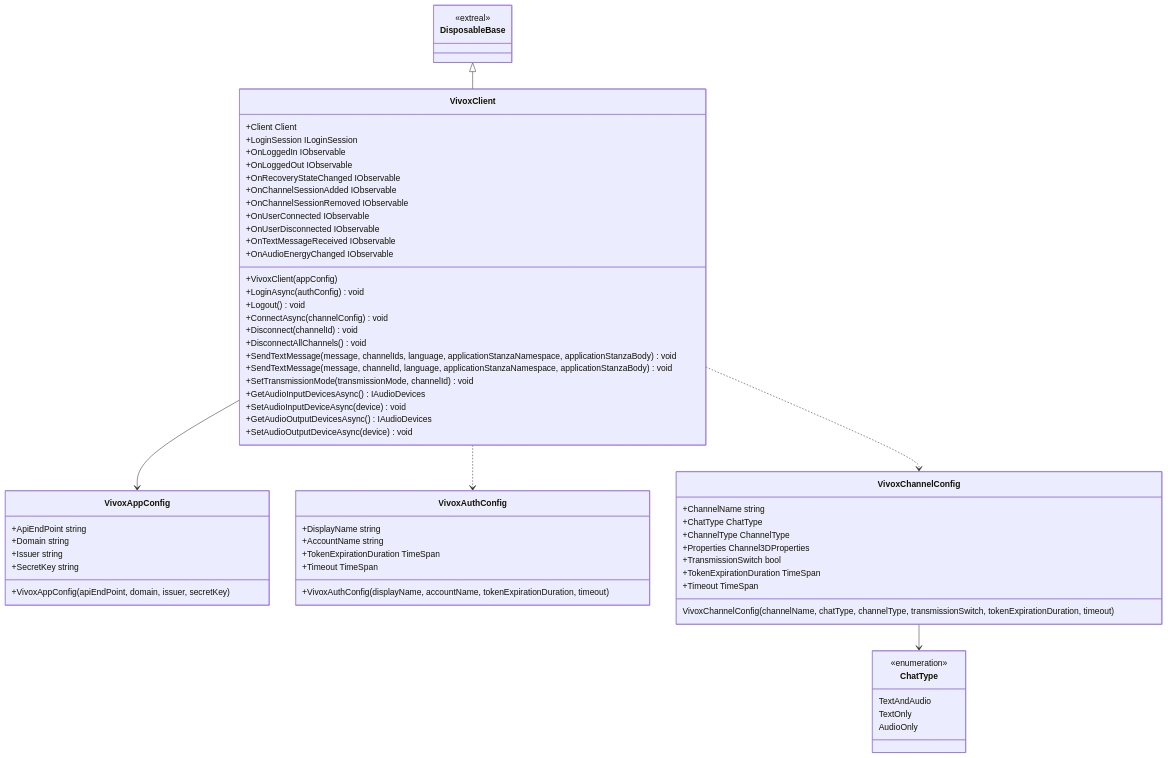
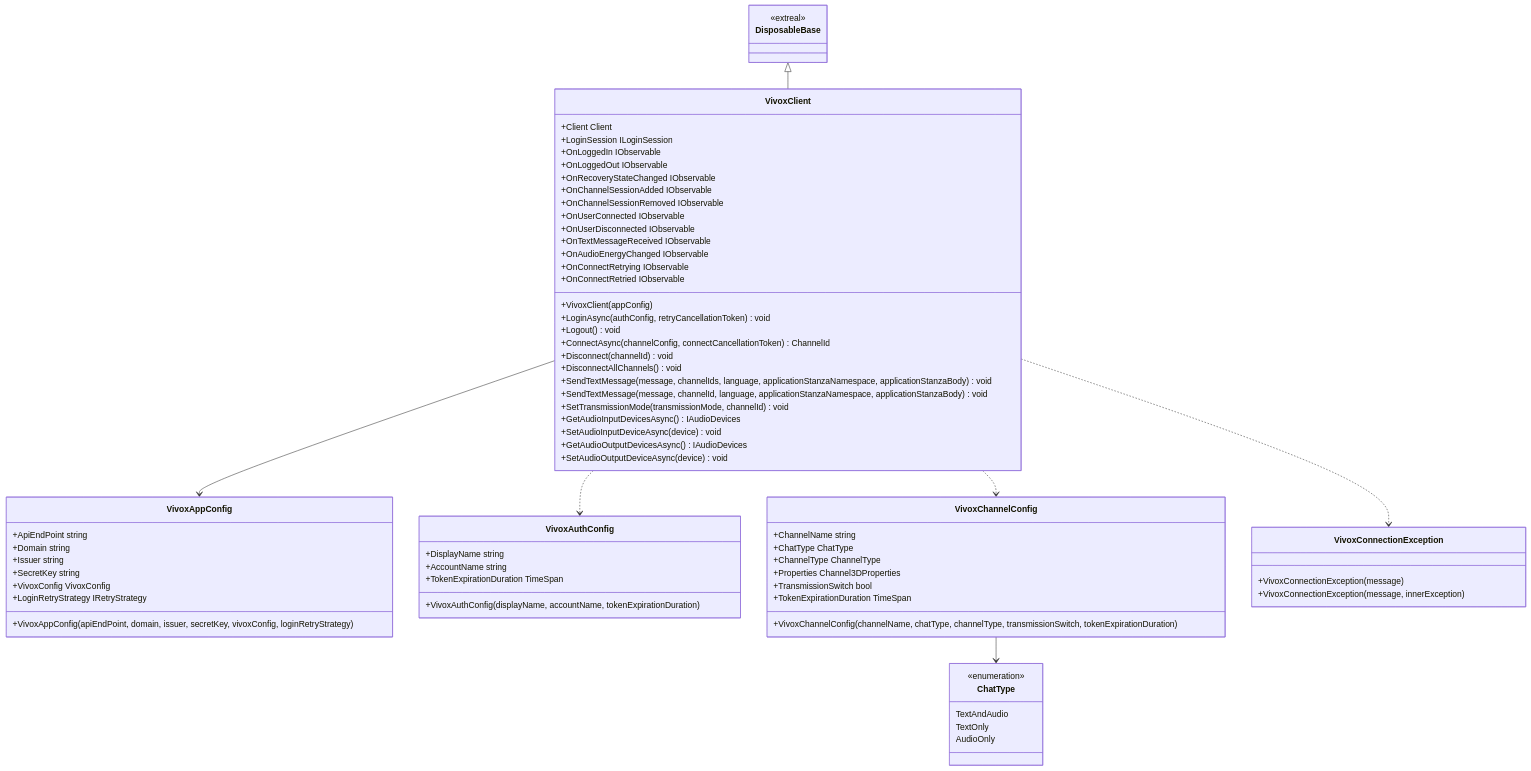
One commit to extreal-dev/Extreal.Guide changed the diagram in docs/integration/chat.vivox.md. Above: the diagram before and after it, drawn with Mermaid. The commit also changed other lines of this file and 9 other files, not shown here.

````diff
--- a/docs/integration/chat.vivox.md
+++ b/docs/integration/chat.vivox.md
@@ -42,74 +43,82 @@
 ```mermaid
 classDiagram
 
     VivoxClient --> VivoxAppConfig
     VivoxClient ..> VivoxAuthConfig
     VivoxClient ..> VivoxChannelConfig
+    VivoxClient ..> VivoxConnectionException
     VivoxChannelConfig --> ChatType
     DisposableBase <|-- VivoxClient
 
     class VivoxClient {
         +Client Client
         +LoginSession ILoginSession
         +OnLoggedIn IObservable
         +OnLoggedOut IObservable
         +OnRecoveryStateChanged IObservable
         +OnChannelSessionAdded IObservable
         +OnChannelSessionRemoved IObservable
         +OnUserConnected IObservable
         +OnUserDisconnected IObservable
         +OnTextMessageReceived IObservable
         +OnAudioEnergyChanged IObservable
+        +OnConnectRetrying IObservable
+        +OnConnectRetried IObservable
         +VivoxClient(appConfig)
-        +LoginAsync(authConfig) void
+        +LoginAsync(authConfig, retryCancellationToken) void
         +Logout() void
-        +ConnectAsync(channelConfig) void
+        +ConnectAsync(channelConfig, connectCancellationToken) ChannelId
         +Disconnect(channelId) void
         +DisconnectAllChannels() void
         +SendTextMessage(message, channelIds, language, applicationStanzaNamespace, applicationStanzaBody) void
         +SendTextMessage(message, channelId, language, applicationStanzaNamespace, applicationStanzaBody) void
         +SetTransmissionMode(transmissionMode, channelId) void
         +GetAudioInputDevicesAsync() IAudioDevices
         +SetAudioInputDeviceAsync(device) void
         +GetAudioOutputDevicesAsync() IAudioDevices
         +SetAudioOutputDeviceAsync(device) void
     }
 
     class VivoxAppConfig {
         +ApiEndPoint string
         +Domain string
         +Issuer string
         +SecretKey string
-        +VivoxAppConfig(apiEndPoint, domain, issuer, secretKey)
+        +VivoxConfig VivoxConfig
+        +LoginRetryStrategy IRetryStrategy
+        +VivoxAppConfig(apiEndPoint, domain, issuer, secretKey, vivoxConfig, loginRetryStrategy)
     }
 
     class VivoxAuthConfig {
         +DisplayName string
         +AccountName string
         +TokenExpirationDuration TimeSpan
-        +Timeout TimeSpan
-        +VivoxAuthConfig(displayName, accountName, tokenExpirationDuration, timeout)
+        +VivoxAuthConfig(displayName, accountName, tokenExpirationDuration)
     }
 
     class ChatType {
         <<enumeration>>
         TextAndAudio
         TextOnly
         AudioOnly
     }
 
     class VivoxChannelConfig {
         +ChannelName string
         +ChatType ChatType
         +ChannelType ChannelType
         +Properties Channel3DProperties
         +TransmissionSwitch bool
         +TokenExpirationDuration TimeSpan
-        +Timeout TimeSpan
-        VivoxChannelConfig(channelName, chatType, channelType, transmissionSwitch, tokenExpirationDuration, timeout)
+        +VivoxChannelConfig(channelName, chatType, channelType, transmissionSwitch, tokenExpirationDuration)
+    }
+
+    class VivoxConnectionException {
+        +VivoxConnectionException(message)
+        +VivoxConnectionException(message, innerException)
     }
 
     class DisposableBase {
         <<extreal>>
     }
 ```
````
